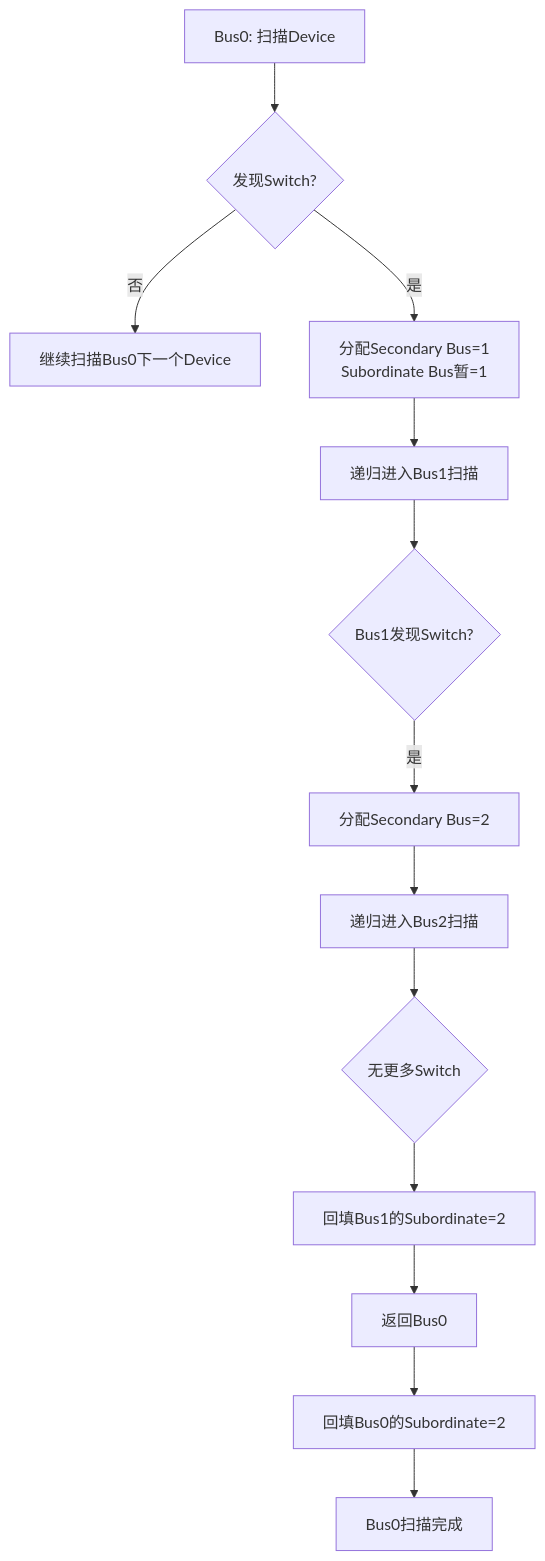
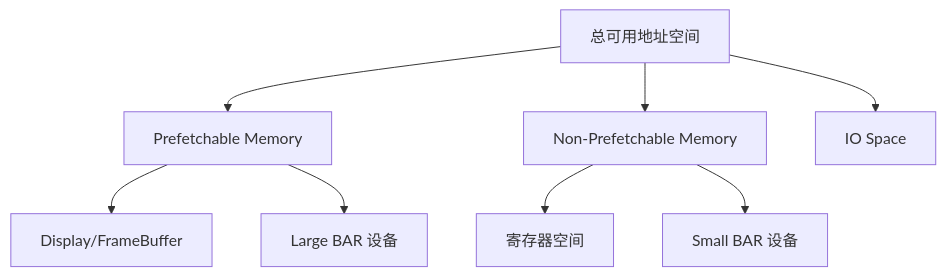
Before and after one commit to xiaohong0925/Embedded_Knowledge_System_V2026: the diagram in docs/08-总线协议/高速外设扩展总线/PCI与PCIe/06-地址空间与枚举.md, drawn with Mermaid. The commit also changed other lines of this file and 69 other files, not shown here.

````diff
--- a/docs/08-总线协议/高速外设扩展总线/PCI与PCIe/06-地址空间与枚举.md
+++ b/docs/08-总线协议/高速外设扩展总线/PCI与PCIe/06-地址空间与枚举.md
@@ -53,15 +77,10 @@
 ```mermaid
 graph TD
-    A[Bus0: 扫描Device] --> B{发现Switch?}
-    B -->|否| C[继续扫描Bus0下一个Device]
-    B -->|是| D[分配Secondary Bus=1<br/>Subordinate Bus暂=1]
-    D --> E[递归进入Bus1扫描]
-    E --> F{Bus1发现Switch?}
-    F -->|是| G[分配Secondary Bus=2]
-    G --> H[递归进入Bus2扫描]
-    H --> I{无更多Switch}
-    I --> J[回填Bus1的Subordinate=2]
-    J --> K[返回Bus0]
-    K --> L[回填Bus0的Subordinate=2]
-    L --> M[Bus0扫描完成]
+    A[总可用地址空间] --> B[Prefetchable Memory]
+    A --> C[Non-Prefetchable Memory]
+    A --> D[IO Space]
+    B --> E[Display/FrameBuffer]
+    B --> F[Large BAR 设备]
+    C --> G[寄存器空间]
+    C --> H[Small BAR 设备]
 ```
````
